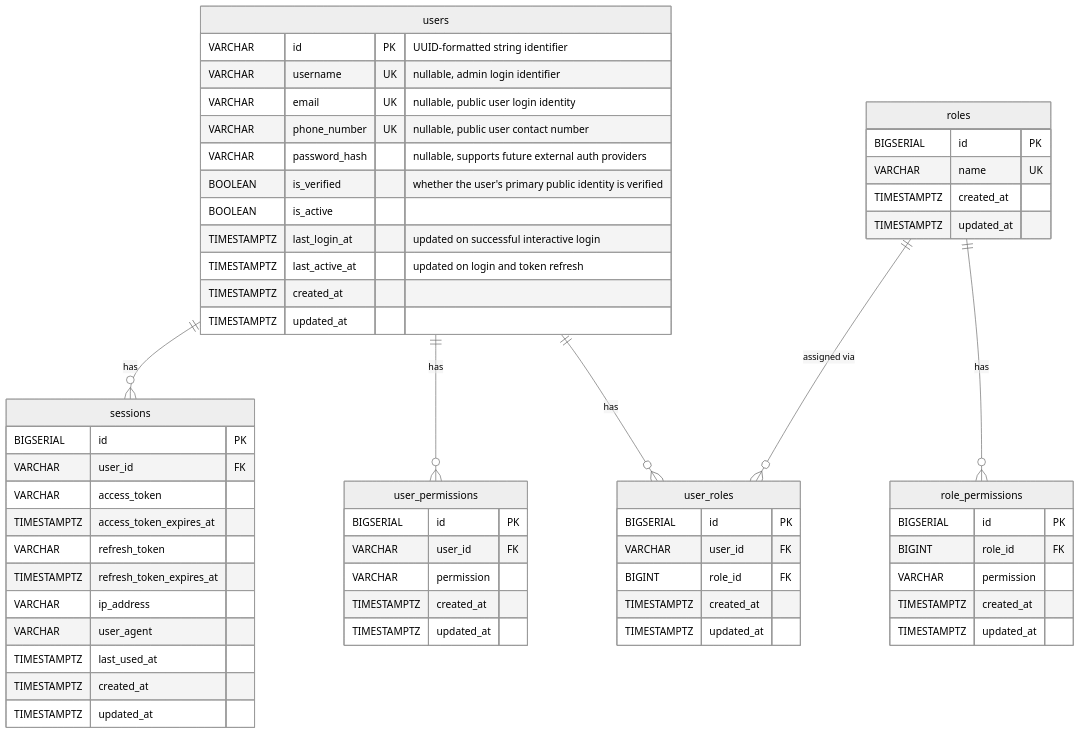
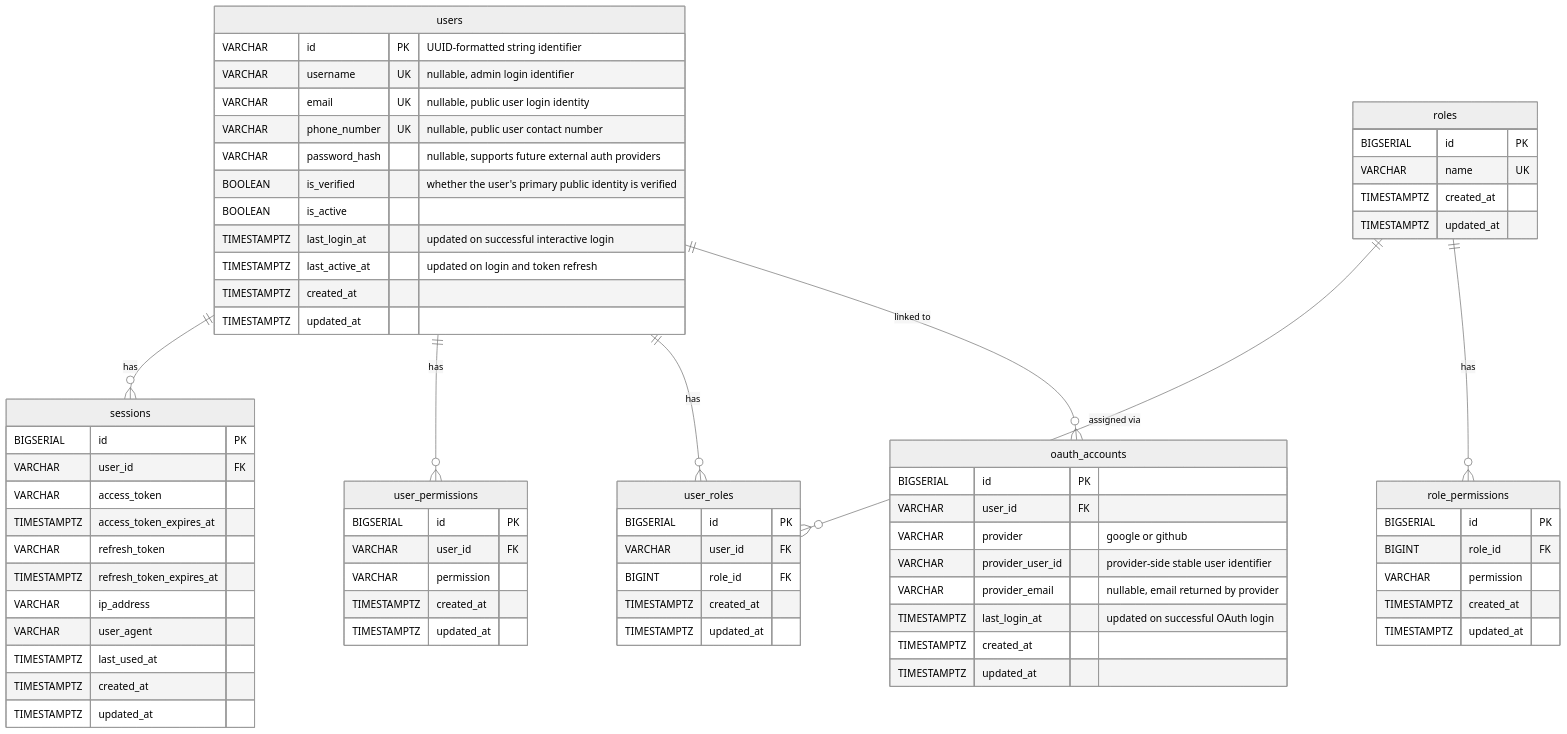
Before and after one commit to Jaxongir1006/ai-interview-prep-api: the diagram in docs/specs/modules/auth/ERD.md, drawn with Mermaid (neutral theme). The commit also changed other lines of this file and 50 other files, not shown here.

Commit message:
added oauth google and github

````diff
--- a/docs/specs/modules/auth/ERD.md
+++ b/docs/specs/modules/auth/ERD.md
@@ -3,67 +3,79 @@
 ```mermaid
 erDiagram
     users {
         VARCHAR id PK "UUID-formatted string identifier"
         VARCHAR username UK "nullable, admin login identifier"
         VARCHAR email UK "nullable, public user login identity"
         VARCHAR phone_number UK "nullable, public user contact number"
         VARCHAR password_hash "nullable, supports future external auth providers"
         BOOLEAN is_verified "whether the user's primary public identity is verified"
         BOOLEAN is_active
         TIMESTAMPTZ last_login_at "updated on successful interactive login"
         TIMESTAMPTZ last_active_at "updated on login and token refresh"
+        TIMESTAMPTZ created_at
+        TIMESTAMPTZ updated_at
+    }
+
+    oauth_accounts {
+        BIGSERIAL id PK
+        VARCHAR user_id FK
+        VARCHAR provider "google or github"
+        VARCHAR provider_user_id "provider-side stable user identifier"
+        VARCHAR provider_email "nullable, email returned by provider"
+        TIMESTAMPTZ last_login_at "updated on successful OAuth login"
         TIMESTAMPTZ created_at
         TIMESTAMPTZ updated_at
     }
 
     roles {
         BIGSERIAL id PK
         VARCHAR name UK
         TIMESTAMPTZ created_at
         TIMESTAMPTZ updated_at
     }
 
     role_permissions {
         BIGSERIAL id PK
         BIGINT role_id FK
         VARCHAR permission
         TIMESTAMPTZ created_at
         TIMESTAMPTZ updated_at
     }
 
     user_roles {
         BIGSERIAL id PK
         VARCHAR user_id FK
         BIGINT role_id FK
         TIMESTAMPTZ created_at
         TIMESTAMPTZ updated_at
     }
 
     user_permissions {
         BIGSERIAL id PK
         VARCHAR user_id FK
         VARCHAR permission
         TIMESTAMPTZ created_at
         TIMESTAMPTZ updated_at
     }
 
     sessions {
         BIGSERIAL id PK
         VARCHAR user_id FK
         VARCHAR access_token
         TIMESTAMPTZ access_token_expires_at
         VARCHAR refresh_token
         TIMESTAMPTZ refresh_token_expires_at
         VARCHAR ip_address
         VARCHAR user_agent
         TIMESTAMPTZ last_used_at
         TIMESTAMPTZ created_at
         TIMESTAMPTZ updated_at
     }
 
+    users ||--o{ oauth_accounts : "linked to"
     users ||--o{ user_roles : "has"
     users ||--o{ user_permissions : "has"
     users ||--o{ sessions : "has"
     roles ||--o{ role_permissions : "has"
     roles ||--o{ user_roles : "assigned via"
 ```
````
